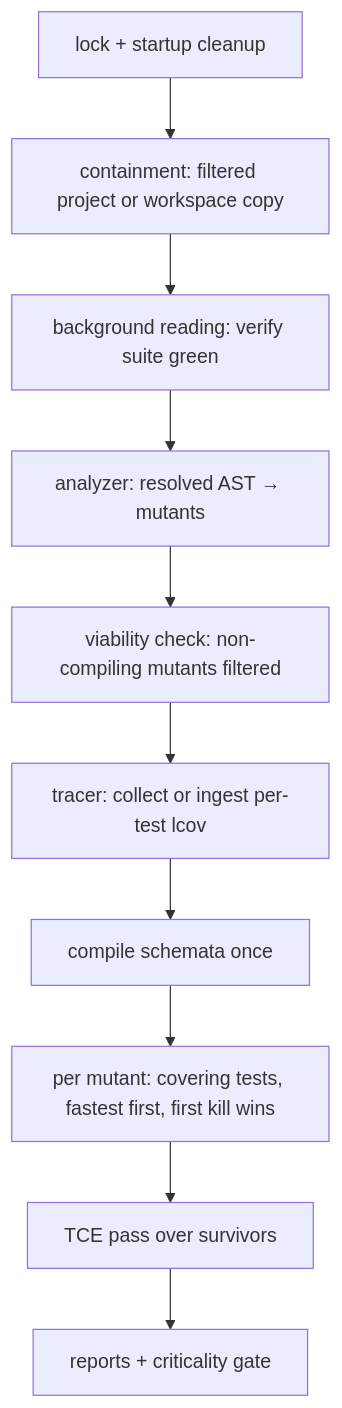
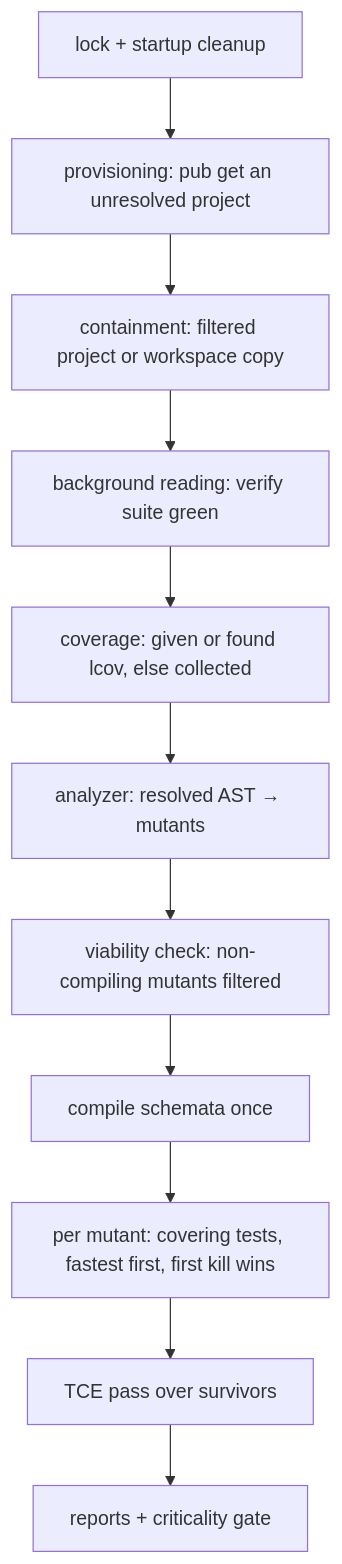
The diagram in docs/decisions/index.md (memento-engineering/butcher), drawn with Mermaid before and after one commit. The commit also changed other lines of this file and 15 other files, not shown here.

Commit message:
feat: provision projects and collect coverage

````diff
--- a/docs/decisions/index.md
+++ b/docs/decisions/index.md
@@ -9,12 +9,13 @@
 ```mermaid
 flowchart TD
-    A[lock + startup cleanup] --> B[containment: filtered project or workspace copy]
+    A[lock + startup cleanup] --> P[provisioning: pub get an unresolved project]
+    P --> B[containment: filtered project or workspace copy]
     B --> C[background reading: verify suite green]
-    C --> D[analyzer: resolved AST → mutants]
+    C --> E[coverage: given or found lcov, else collected]
+    E --> D[analyzer: resolved AST → mutants]
     D --> V[viability check: non-compiling mutants filtered]
-    V --> E[tracer: collect or ingest per-test lcov]
-    E --> F[compile schemata once]
+    V --> F[compile schemata once]
     F --> G[per mutant: covering tests, fastest first, first kill wins]
     G --> H[TCE pass over survivors]
     H --> I[reports + criticality gate]
 ```
````
